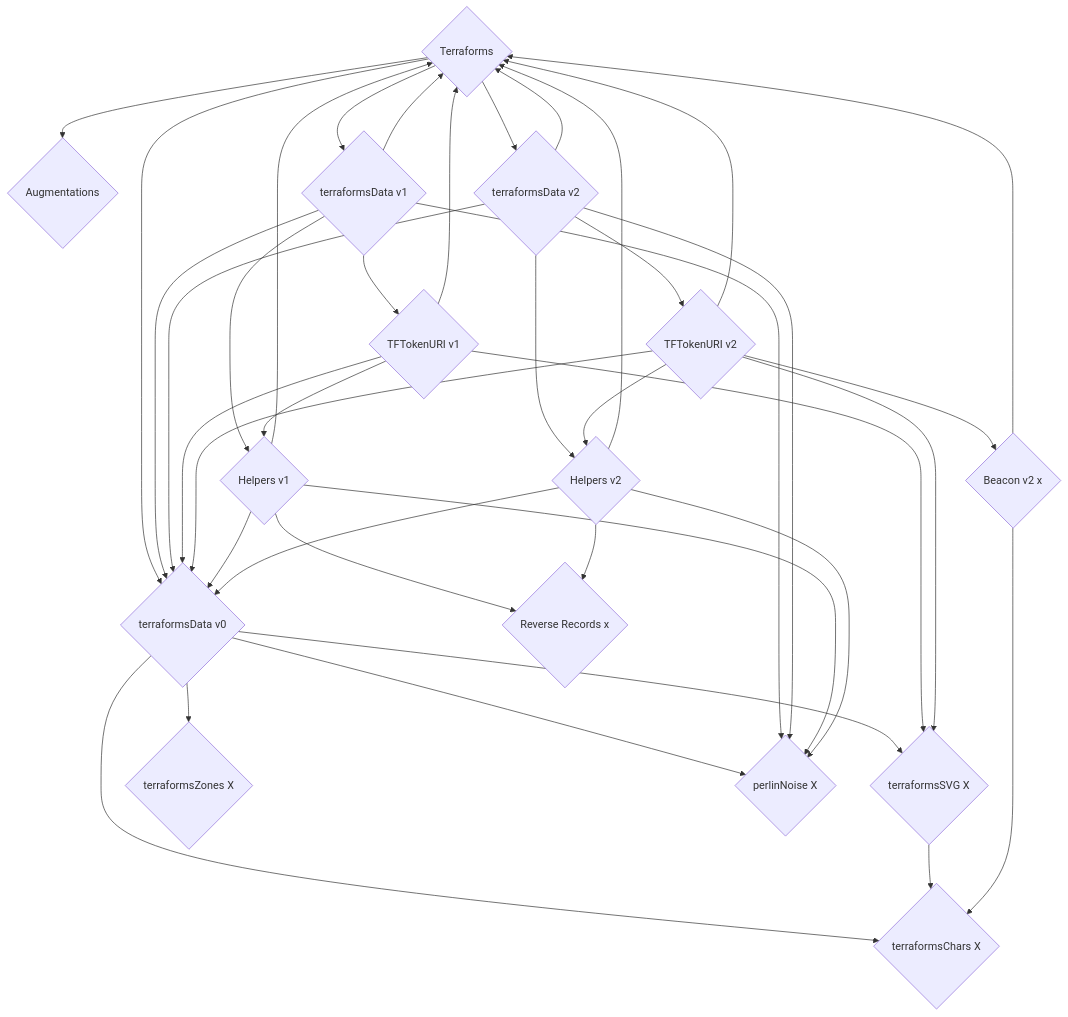
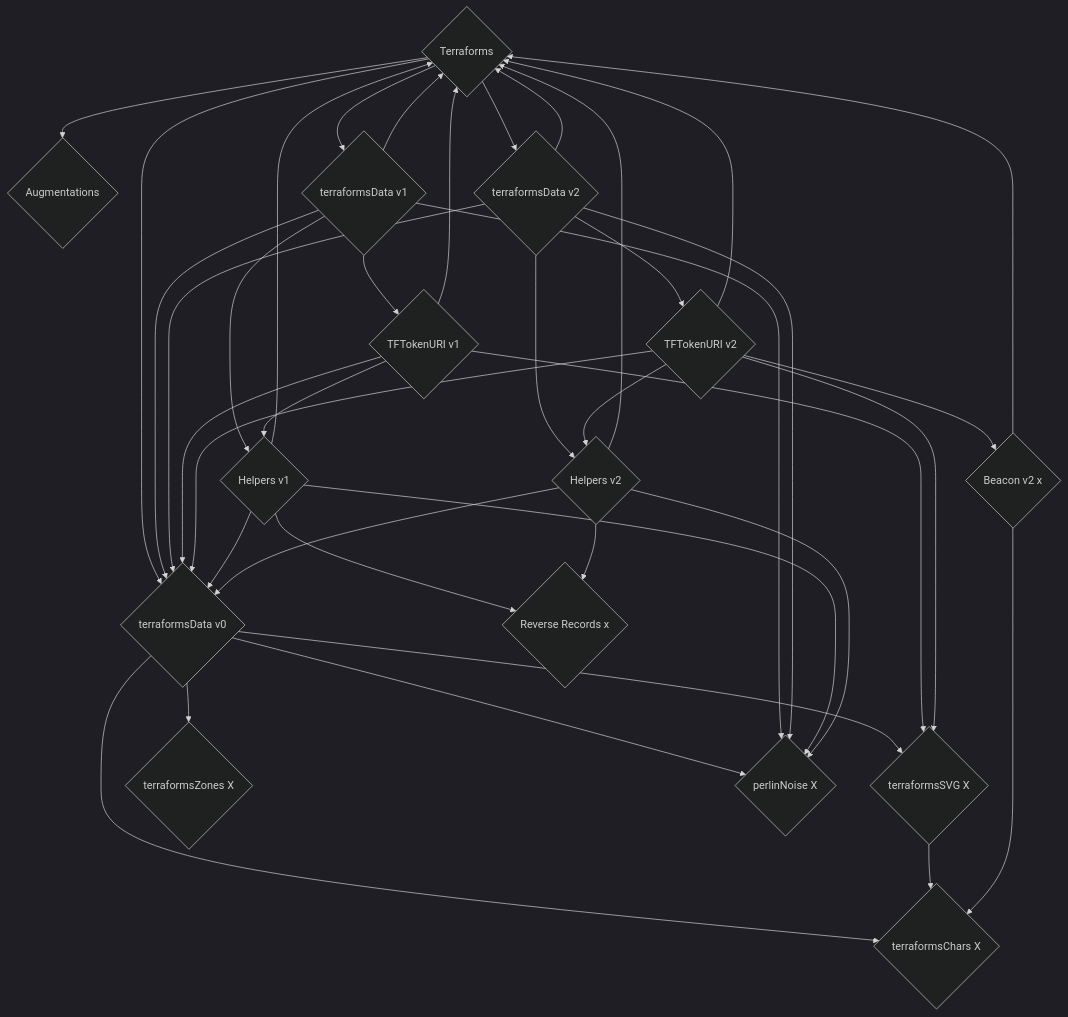
Before and after one commit to thebadcc/terraform-docs: the first of 2 diagrams in contracts/Terraforms.md, drawn with Mermaid.

````diff
--- a/contracts/Terraforms.md
+++ b/contracts/Terraforms.md
@@ -20,41 +20,42 @@
 ```mermaid
+%%{init: {'theme':'dark'}}%%
 graph TD
     A{Terraforms} --> B{Augmentations}
     A --> C{terraformsData v0}
     A --> D{terraformsData v1}
     A --> E{terraformsData v2}
     C --> F{terraformsSVG X}
     C --> G{terraformsChars X}
     C --> H{terraformsZones X}
     C --> I{perlinNoise X}
     D --> J{TFTokenURI v1}
     D --> K{Helpers v1}
     E --> L{TFTokenURI v2}
     E --> M{Helpers v2}
     F --> G
     L --> N{Beacon v2 x}
     D --> A
     D --> I
     D --> C
     E --> A
     E --> I
     E --> C
     J --> C
     J --> A
     J --> K
     J --> F
     L --> C
     L --> A
     L --> M
     L --> F
     K --> A
     K --> C
     K --> I
     K --> O{Reverse Records x}
     M --> A
     M --> C
     M --> I
     M --> O
     N --> G
     N --> A
 ```
````
